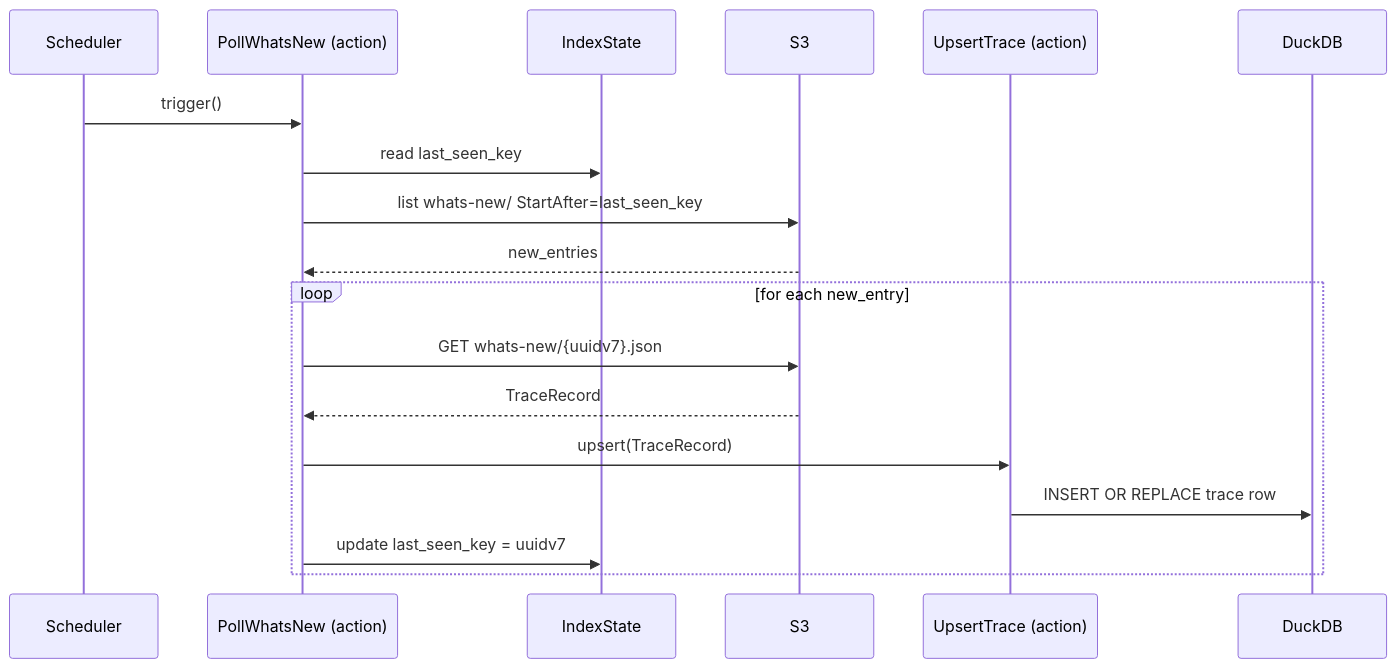
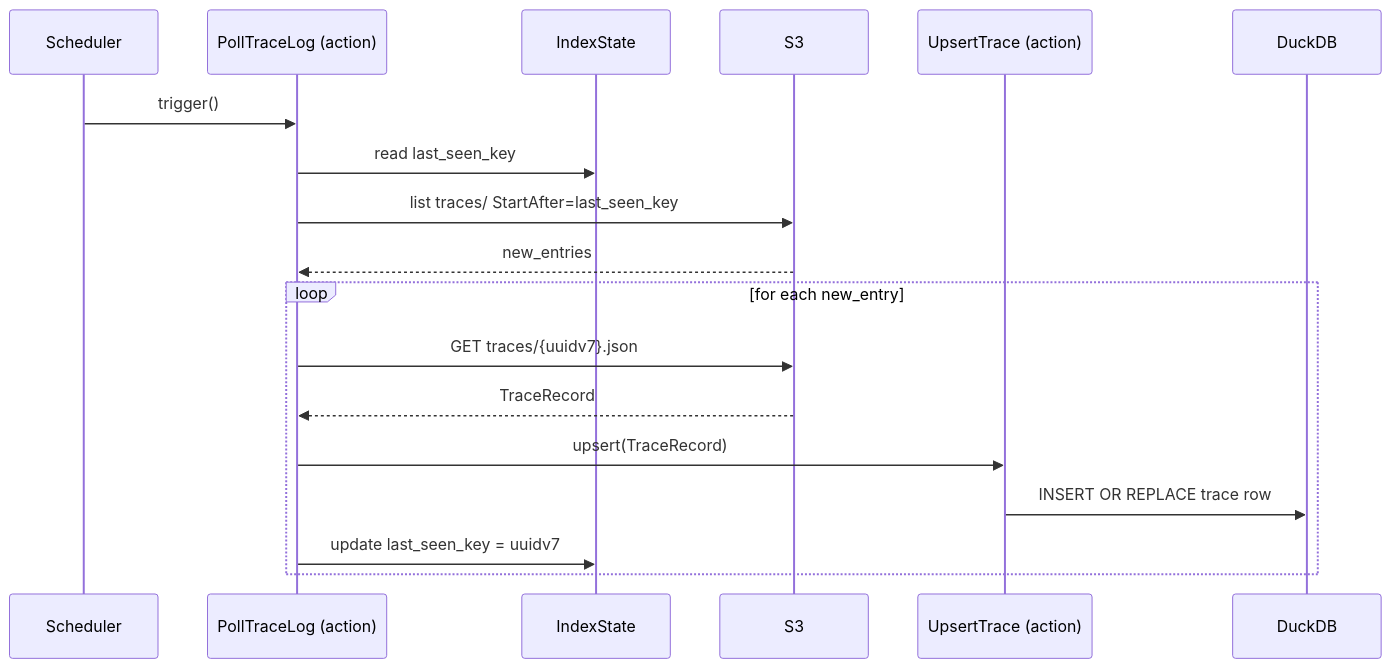
The diagram in libs/woodstock_sdk/python/docs/spec/scenarios/ms3_the_woodstock_server_indexes_new_traces.md (mnieber/woodstock), drawn with Mermaid before and after one commit. The commit also changed other lines of this file and 12 other files, not shown here.

````diff
--- a/libs/woodstock_sdk/python/docs/spec/scenarios/ms3_the_woodstock_server_indexes_new_traces.md
+++ b/libs/woodstock_sdk/python/docs/spec/scenarios/ms3_the_woodstock_server_indexes_new_traces.md
@@ -31,22 +31,22 @@
 ```mermaid
 sequenceDiagram
     participant Scheduler
-    participant PollWhatsNew as PollWhatsNew (action)
+    participant PollTraceLog as PollTraceLog (action)
     participant IndexState
     participant S3
     participant UpsertTrace as UpsertTrace (action)
     participant DuckDB
 
-    Scheduler->>PollWhatsNew: trigger()
-    PollWhatsNew->>IndexState: read last_seen_key
-    PollWhatsNew->>S3: list whats-new/ StartAfter=last_seen_key
-    S3-->>PollWhatsNew: new_entries
+    Scheduler->>PollTraceLog: trigger()
+    PollTraceLog->>IndexState: read last_seen_key
+    PollTraceLog->>S3: list traces/ StartAfter=last_seen_key
+    S3-->>PollTraceLog: new_entries
 
     loop for each new_entry
-        PollWhatsNew->>S3: GET whats-new/{uuidv7}.json
-        S3-->>PollWhatsNew: TraceRecord
-        PollWhatsNew->>UpsertTrace: upsert(TraceRecord)
+        PollTraceLog->>S3: GET traces/{uuidv7}.json
+        S3-->>PollTraceLog: TraceRecord
+        PollTraceLog->>UpsertTrace: upsert(TraceRecord)
         UpsertTrace->>DuckDB: INSERT OR REPLACE trace row
-        PollWhatsNew->>IndexState: update last_seen_key = uuidv7
+        PollTraceLog->>IndexState: update last_seen_key = uuidv7
     end
 ```
````
